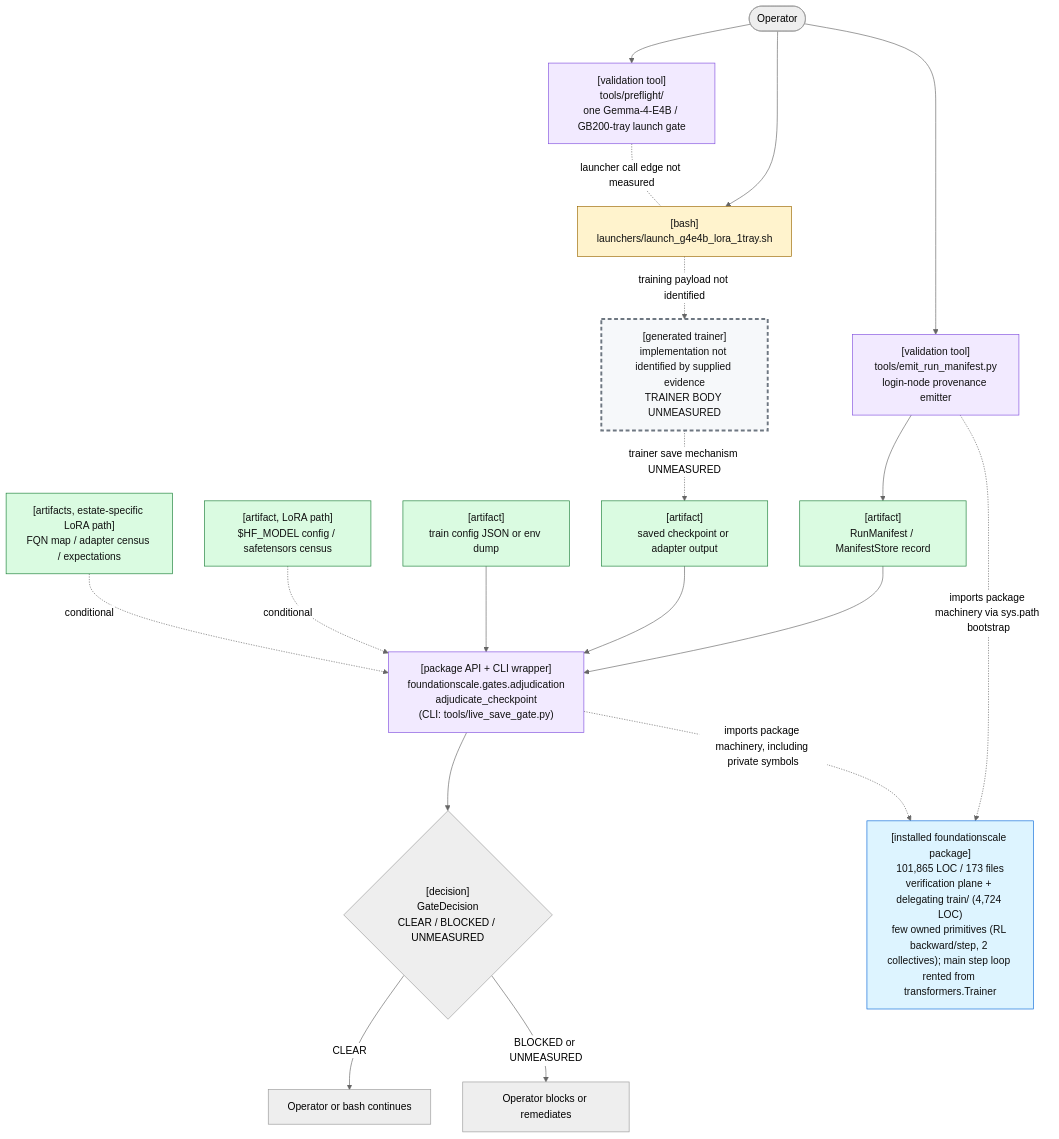
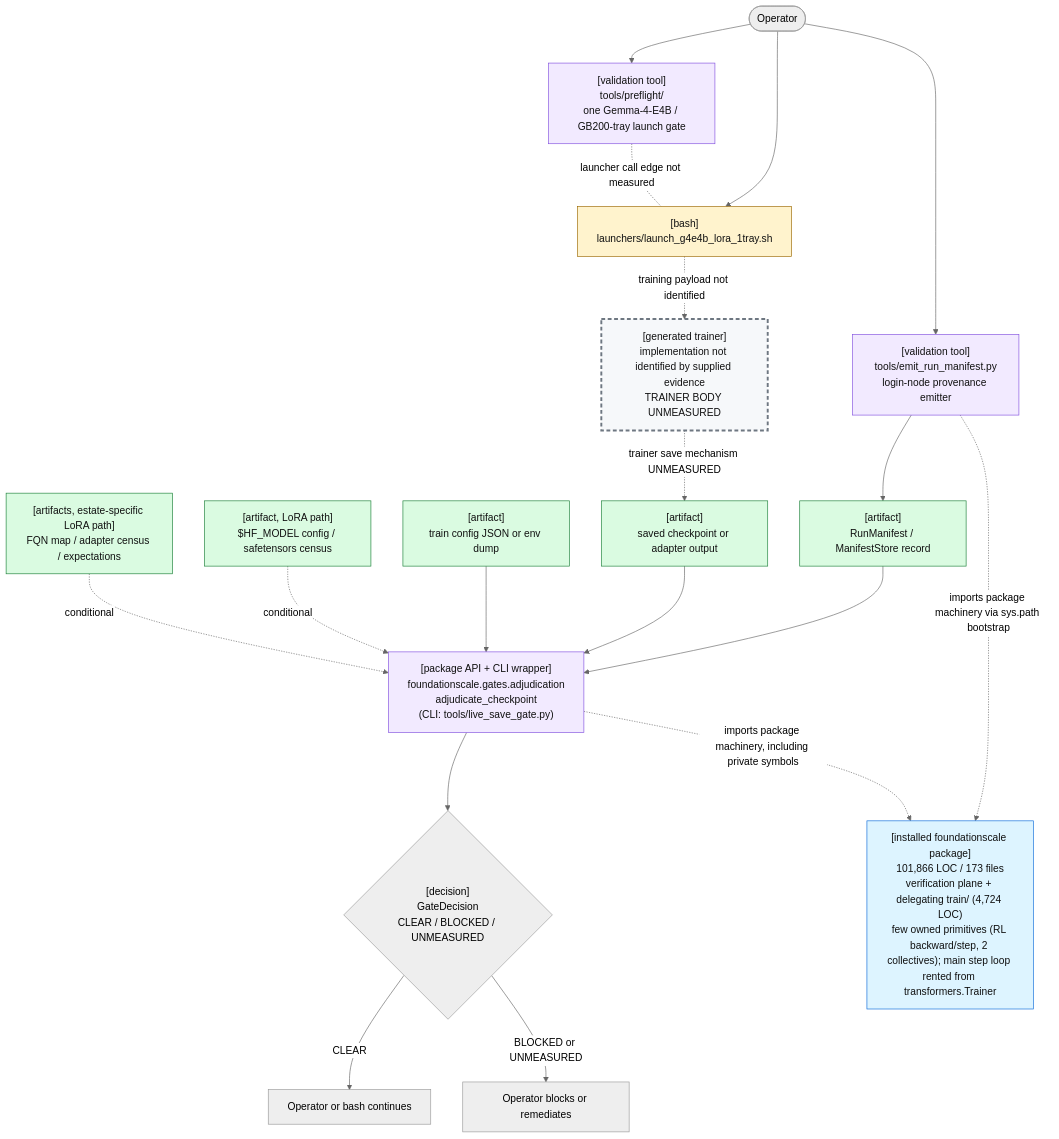
One commit to TranNhiem/FoundationScale changed the first of 2 diagrams in docs/review/D2_current_architecture.md. Above: the diagram before and after it, drawn with Mermaid (neutral theme). The commit also changed other lines of this file and 10 other files, not shown here.

````diff
--- a/docs/review/D2_current_architecture.md
+++ b/docs/review/D2_current_architecture.md
@@ -25,59 +25,59 @@
 ```mermaid
 flowchart TB
   O(["Operator"])
 
   PF["[validation tool]<br/>tools/preflight/<br/>one Gemma-4-E4B / GB200-tray launch gate"]
   L["[bash]<br/>launchers/launch_g4e4b_lora_1tray.sh"]
 
   E["[validation tool]<br/>tools/emit_run_manifest.py<br/>login-node provenance emitter"]
   M["[artifact]<br/>RunManifest / ManifestStore record"]
 
   T["[generated trainer]<br/>implementation not identified by supplied evidence<br/>TRAINER BODY UNMEASURED"]
   C["[artifact]<br/>saved checkpoint or adapter output"]
 
   G["[package API + CLI wrapper]<br/>foundationscale.gates.adjudication<br/>adjudicate_checkpoint<br/>(CLI: tools/live_save_gate.py)"]
   CFG["[artifact]<br/>train config JSON or env dump"]
   BASE["[artifact, LoRA path]<br/>$HF_MODEL config / safetensors census"]
   CEN["[artifacts, estate-specific LoRA path]<br/>FQN map / adapter census / expectations"]
 
   D{"[decision]<br/>GateDecision<br/>CLEAR / BLOCKED / UNMEASURED"}
   OK["Operator or bash continues"]
   NO["Operator blocks or remediates"]
 
-  PKG["[installed foundationscale package]<br/>101,865 LOC / 173 files<br/>verification plane + delegating train/ (4,724 LOC)<br/>few owned primitives (RL backward/step, 2 collectives); main step loop rented from transformers.Trainer"]
+  PKG["[installed foundationscale package]<br/>101,866 LOC / 173 files<br/>verification plane + delegating train/ (4,724 LOC)<br/>few owned primitives (RL backward/step, 2 collectives); main step loop rented from transformers.Trainer"]
 
   O --> PF
   O --> L
   PF -. "launcher call edge not measured" .- L
 
   O --> E
   E --> M
 
   L -. "training payload not identified" .-> T
   T -. "trainer save mechanism UNMEASURED" .-> C
 
   M --> G
   C --> G
   CFG --> G
   BASE -. "conditional" .-> G
   CEN -. "conditional" .-> G
 
   E -. "imports package machinery via sys.path bootstrap" .-> PKG
   G -. "imports package machinery, including private symbols" .-> PKG
 
   G --> D
   D -->|"CLEAR"| OK
   D -->|"BLOCKED or UNMEASURED"| NO
 
   classDef bash fill:#fff3cd,stroke:#9a6700,color:#111;
   classDef tool fill:#f2eaff,stroke:#8250df,color:#111;
   classDef artifact fill:#dafbe1,stroke:#1a7f37,color:#111;
   classDef gap fill:#f6f8fa,stroke:#6e7781,stroke-width:3px,stroke-dasharray: 6 4,color:#111;
   classDef pkg fill:#ddf4ff,stroke:#0969da,color:#111;
 
   class L bash;
   class PF,E,G tool;
   class M,C,CFG,BASE,CEN artifact;
   class T gap;
   class PKG pkg;
 ```
````
